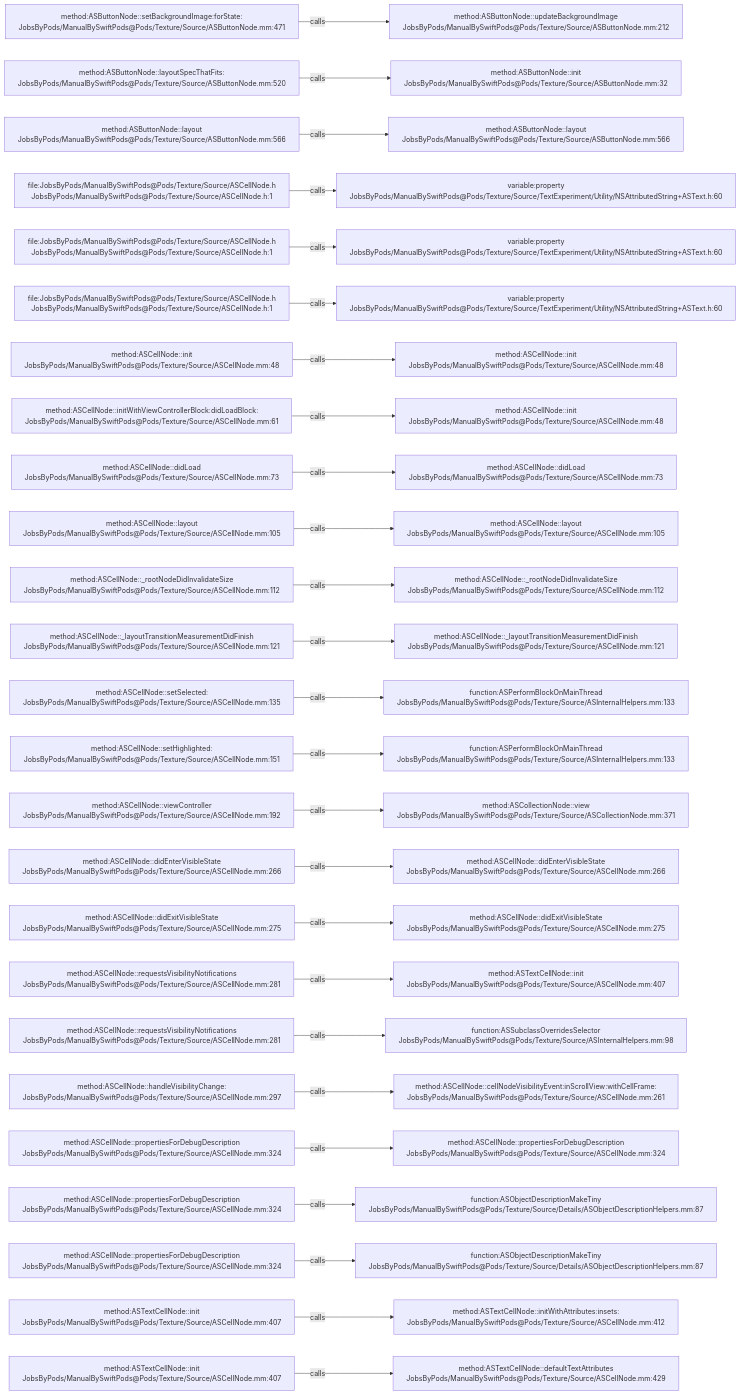
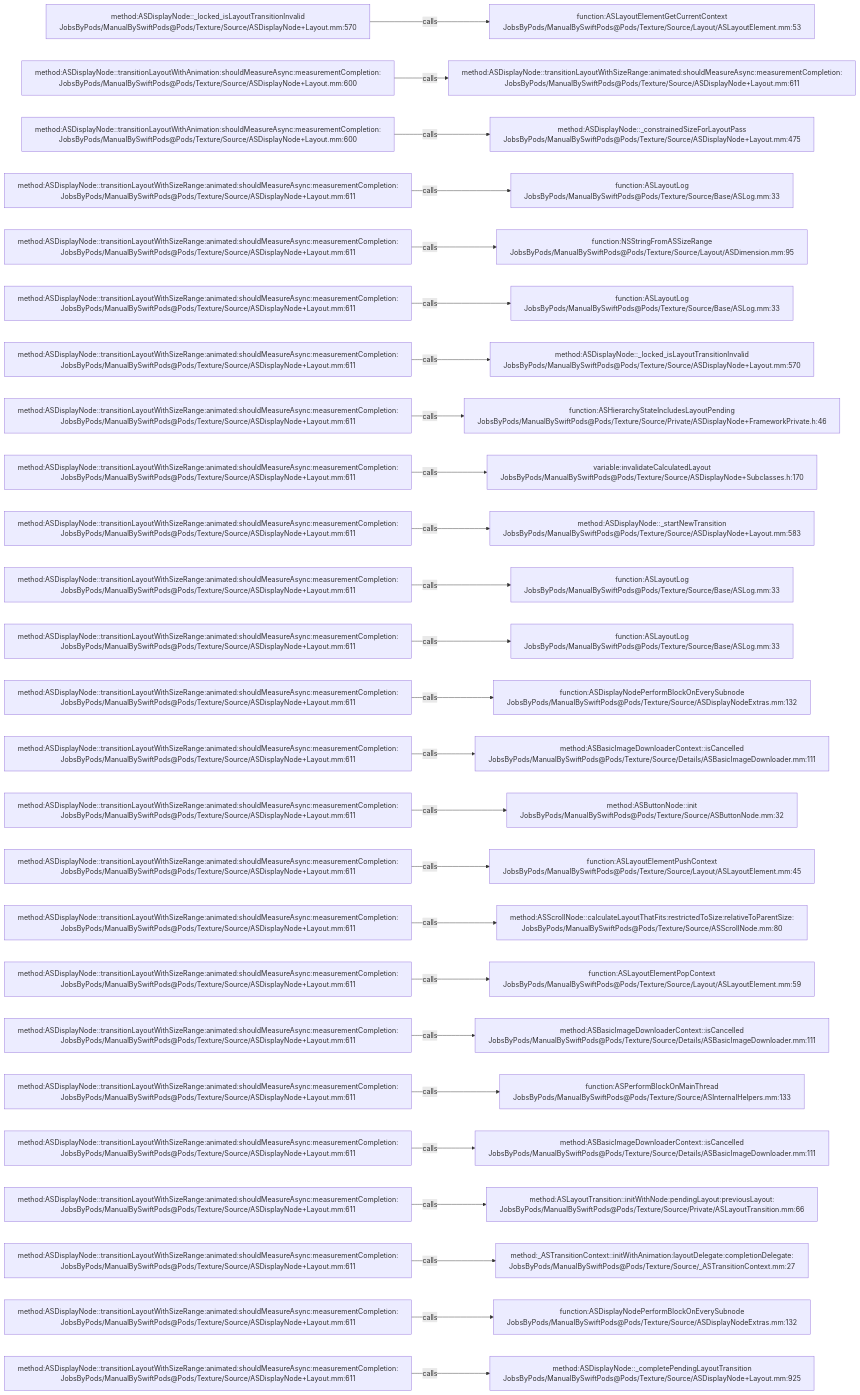
One commit to JobsKits/JobsSwiftBaseConfigDemo changed the diagram in .codegraph/codegraph.md/graphs/calls-023.md. Above: the diagram before and after it, drawn with Mermaid. The commit also changed 832 other files, not shown here.

````diff
--- a/.codegraph/codegraph.md/graphs/calls-023.md
+++ b/.codegraph/codegraph.md/graphs/calls-023.md
@@ -13,78 +13,78 @@
 ```mermaid
 flowchart LR
-  S1["method:ASButtonNode::setBackgroundImage:forState:<br/>JobsByPods/ManualBySwiftPods@Pods/Texture/Source/ASButtonNode.mm:471"]
-  T1["method:ASButtonNode::updateBackgroundImage<br/>JobsByPods/ManualBySwiftPods@Pods/Texture/Source/ASButtonNode.mm:212"]
+  S1["method:ASDisplayNode::_locked_isLayoutTransitionInvalid<br/>JobsByPods/ManualBySwiftPods@Pods/Texture/Source/ASDisplayNode+Layout.mm:570"]
+  T1["function:ASLayoutElementGetCurrentContext<br/>JobsByPods/ManualBySwiftPods@Pods/Texture/Source/Layout/ASLayoutElement.mm:53"]
   S1 -->|calls| T1
-  S2["method:ASButtonNode::layoutSpecThatFits:<br/>JobsByPods/ManualBySwiftPods@Pods/Texture/Source/ASButtonNode.mm:520"]
-  T2["method:ASButtonNode::init<br/>JobsByPods/ManualBySwiftPods@Pods/Texture/Source/ASButtonNode.mm:32"]
+  S2["method:ASDisplayNode::transitionLayoutWithAnimation:shouldMeasureAsync:measurementCompletion:<br/>JobsByPods/ManualBySwiftPods@Pods/Texture/Source/ASDisplayNode+Layout.mm:600"]
+  T2["method:ASDisplayNode::transitionLayoutWithSizeRange:animated:shouldMeasureAsync:measurementCompletion:<br/>JobsByPods/ManualBySwiftPods@Pods/Texture/Source/ASDisplayNode+Layout.mm:611"]
   S2 -->|calls| T2
-  S3["method:ASButtonNode::layout<br/>JobsByPods/ManualBySwiftPods@Pods/Texture/Source/ASButtonNode.mm:566"]
-  T3["method:ASButtonNode::layout<br/>JobsByPods/ManualBySwiftPods@Pods/Texture/Source/ASButtonNode.mm:566"]
+  S3["method:ASDisplayNode::transitionLayoutWithAnimation:shouldMeasureAsync:measurementCompletion:<br/>JobsByPods/ManualBySwiftPods@Pods/Texture/Source/ASDisplayNode+Layout.mm:600"]
+  T3["method:ASDisplayNode::_constrainedSizeForLayoutPass<br/>JobsByPods/ManualBySwiftPods@Pods/Texture/Source/ASDisplayNode+Layout.mm:475"]
   S3 -->|calls| T3
-  S4["file:JobsByPods/ManualBySwiftPods@Pods/Texture/Source/ASCellNode.h<br/>JobsByPods/ManualBySwiftPods@Pods/Texture/Source/ASCellNode.h:1"]
-  T4["variable:property<br/>JobsByPods/ManualBySwiftPods@Pods/Texture/Source/TextExperiment/Utility/NSAttributedString+ASText.h:60"]
+  S4["method:ASDisplayNode::transitionLayoutWithSizeRange:animated:shouldMeasureAsync:measurementCompletion:<br/>JobsByPods/ManualBySwiftPods@Pods/Texture/Source/ASDisplayNode+Layout.mm:611"]
+  T4["function:ASLayoutLog<br/>JobsByPods/ManualBySwiftPods@Pods/Texture/Source/Base/ASLog.mm:33"]
   S4 -->|calls| T4
-  S5["file:JobsByPods/ManualBySwiftPods@Pods/Texture/Source/ASCellNode.h<br/>JobsByPods/ManualBySwiftPods@Pods/Texture/Source/ASCellNode.h:1"]
-  T5["variable:property<br/>JobsByPods/ManualBySwiftPods@Pods/Texture/Source/TextExperiment/Utility/NSAttributedString+ASText.h:60"]
+  S5["method:ASDisplayNode::transitionLayoutWithSizeRange:animated:shouldMeasureAsync:measurementCompletion:<br/>JobsByPods/ManualBySwiftPods@Pods/Texture/Source/ASDisplayNode+Layout.mm:611"]
+  T5["function:NSStringFromASSizeRange<br/>JobsByPods/ManualBySwiftPods@Pods/Texture/Source/Layout/ASDimension.mm:95"]
   S5 -->|calls| T5
-  S6["file:JobsByPods/ManualBySwiftPods@Pods/Texture/Source/ASCellNode.h<br/>JobsByPods/ManualBySwiftPods@Pods/Texture/Source/ASCellNode.h:1"]
-  T6["variable:property<br/>JobsByPods/ManualBySwiftPods@Pods/Texture/Source/TextExperiment/Utility/NSAttributedString+ASText.h:60"]
+  S6["method:ASDisplayNode::transitionLayoutWithSizeRange:animated:shouldMeasureAsync:measurementCompletion:<br/>JobsByPods/ManualBySwiftPods@Pods/Texture/Source/ASDisplayNode+Layout.mm:611"]
+  T6["function:ASLayoutLog<br/>JobsByPods/ManualBySwiftPods@Pods/Texture/Source/Base/ASLog.mm:33"]
   S6 -->|calls| T6
-  S7["method:ASCellNode::init<br/>JobsByPods/ManualBySwiftPods@Pods/Texture/Source/ASCellNode.mm:48"]
-  T7["method:ASCellNode::init<br/>JobsByPods/ManualBySwiftPods@Pods/Texture/Source/ASCellNode.mm:48"]
+  S7["method:ASDisplayNode::transitionLayoutWithSizeRange:animated:shouldMeasureAsync:measurementCompletion:<br/>JobsByPods/ManualBySwiftPods@Pods/Texture/Source/ASDisplayNode+Layout.mm:611"]
+  T7["method:ASDisplayNode::_locked_isLayoutTransitionInvalid<br/>JobsByPods/ManualBySwiftPods@Pods/Texture/Source/ASDisplayNode+Layout.mm:570"]
   S7 -->|calls| T7
-  S8["method:ASCellNode::initWithViewControllerBlock:didLoadBlock:<br/>JobsByPods/ManualBySwiftPods@Pods/Texture/Source/ASCellNode.mm:61"]
-  T8["method:ASCellNode::init<br/>JobsByPods/ManualBySwiftPods@Pods/Texture/Source/ASCellNode.mm:48"]
+  S8["method:ASDisplayNode::transitionLayoutWithSizeRange:animated:shouldMeasureAsync:measurementCompletion:<br/>JobsByPods/ManualBySwiftPods@Pods/Texture/Source/ASDisplayNode+Layout.mm:611"]
+  T8["function:ASHierarchyStateIncludesLayoutPending<br/>JobsByPods/ManualBySwiftPods@Pods/Texture/Source/Private/ASDisplayNode+FrameworkPrivate.h:46"]
   S8 -->|calls| T8
-  S9["method:ASCellNode::didLoad<br/>JobsByPods/ManualBySwiftPods@Pods/Texture/Source/ASCellNode.mm:73"]
-  T9["method:ASCellNode::didLoad<br/>JobsByPods/ManualBySwiftPods@Pods/Texture/Source/ASCellNode.mm:73"]
+  S9["method:ASDisplayNode::transitionLayoutWithSizeRange:animated:shouldMeasureAsync:measurementCompletion:<br/>JobsByPods/ManualBySwiftPods@Pods/Texture/Source/ASDisplayNode+Layout.mm:611"]
+  T9["variable:invalidateCalculatedLayout<br/>JobsByPods/ManualBySwiftPods@Pods/Texture/Source/ASDisplayNode+Subclasses.h:170"]
   S9 -->|calls| T9
-  S10["method:ASCellNode::layout<br/>JobsByPods/ManualBySwiftPods@Pods/Texture/Source/ASCellNode.mm:105"]
-  T10["method:ASCellNode::layout<br/>JobsByPods/ManualBySwiftPods@Pods/Texture/Source/ASCellNode.mm:105"]
+  S10["method:ASDisplayNode::transitionLayoutWithSizeRange:animated:shouldMeasureAsync:measurementCompletion:<br/>JobsByPods/ManualBySwiftPods@Pods/Texture/Source/ASDisplayNode+Layout.mm:611"]
+  T10["method:ASDisplayNode::_startNewTransition<br/>JobsByPods/ManualBySwiftPods@Pods/Texture/Source/ASDisplayNode+Layout.mm:583"]
   S10 -->|calls| T10
-  S11["method:ASCellNode::_rootNodeDidInvalidateSize<br/>JobsByPods/ManualBySwiftPods@Pods/Texture/Source/ASCellNode.mm:112"]
-  T11["method:ASCellNode::_rootNodeDidInvalidateSize<br/>JobsByPods/ManualBySwiftPods@Pods/Texture/Source/ASCellNode.mm:112"]
+  S11["method:ASDisplayNode::transitionLayoutWithSizeRange:animated:shouldMeasureAsync:measurementCompletion:<br/>JobsByPods/ManualBySwiftPods@Pods/Texture/Source/ASDisplayNode+Layout.mm:611"]
+  T11["function:ASLayoutLog<br/>JobsByPods/ManualBySwiftPods@Pods/Texture/Source/Base/ASLog.mm:33"]
   S11 -->|calls| T11
-  S12["method:ASCellNode::_layoutTransitionMeasurementDidFinish<br/>JobsByPods/ManualBySwiftPods@Pods/Texture/Source/ASCellNode.mm:121"]
-  T12["method:ASCellNode::_layoutTransitionMeasurementDidFinish<br/>JobsByPods/ManualBySwiftPods@Pods/Texture/Source/ASCellNode.mm:121"]
+  S12["method:ASDisplayNode::transitionLayoutWithSizeRange:animated:shouldMeasureAsync:measurementCompletion:<br/>JobsByPods/ManualBySwiftPods@Pods/Texture/Source/ASDisplayNode+Layout.mm:611"]
+  T12["function:ASLayoutLog<br/>JobsByPods/ManualBySwiftPods@Pods/Texture/Source/Base/ASLog.mm:33"]
   S12 -->|calls| T12
-  S13["method:ASCellNode::setSelected:<br/>JobsByPods/ManualBySwiftPods@Pods/Texture/Source/ASCellNode.mm:135"]
-  T13["function:ASPerformBlockOnMainThread<br/>JobsByPods/ManualBySwiftPods@Pods/Texture/Source/ASInternalHelpers.mm:133"]
+  S13["method:ASDisplayNode::transitionLayoutWithSizeRange:animated:shouldMeasureAsync:measurementCompletion:<br/>JobsByPods/ManualBySwiftPods@Pods/Texture/Source/ASDisplayNode+Layout.mm:611"]
+  T13["function:ASDisplayNodePerformBlockOnEverySubnode<br/>JobsByPods/ManualBySwiftPods@Pods/Texture/Source/ASDisplayNodeExtras.mm:132"]
   S13 -->|calls| T13
-  S14["method:ASCellNode::setHighlighted:<br/>JobsByPods/ManualBySwiftPods@Pods/Texture/Source/ASCellNode.mm:151"]
-  T14["function:ASPerformBlockOnMainThread<br/>JobsByPods/ManualBySwiftPods@Pods/Texture/Source/ASInternalHelpers.mm:133"]
+  S14["method:ASDisplayNode::transitionLayoutWithSizeRange:animated:shouldMeasureAsync:measurementCompletion:<br/>JobsByPods/ManualBySwiftPods@Pods/Texture/Source/ASDisplayNode+Layout.mm:611"]
+  T14["method:ASBasicImageDownloaderContext::isCancelled<br/>JobsByPods/ManualBySwiftPods@Pods/Texture/Source/Details/ASBasicImageDownloader.mm:111"]
   S14 -->|calls| T14
-  S15["method:ASCellNode::viewController<br/>JobsByPods/ManualBySwiftPods@Pods/Texture/Source/ASCellNode.mm:192"]
-  T15["method:ASCollectionNode::view<br/>JobsByPods/ManualBySwiftPods@Pods/Texture/Source/ASCollectionNode.mm:371"]
+  S15["method:ASDisplayNode::transitionLayoutWithSizeRange:animated:shouldMeasureAsync:measurementCompletion:<br/>JobsByPods/ManualBySwiftPods@Pods/Texture/Source/ASDisplayNode+Layout.mm:611"]
+  T15["method:ASButtonNode::init<br/>JobsByPods/ManualBySwiftPods@Pods/Texture/Source/ASButtonNode.mm:32"]
   S15 -->|calls| T15
-  S16["method:ASCellNode::didEnterVisibleState<br/>JobsByPods/ManualBySwiftPods@Pods/Texture/Source/ASCellNode.mm:266"]
-  T16["method:ASCellNode::didEnterVisibleState<br/>JobsByPods/ManualBySwiftPods@Pods/Texture/Source/ASCellNode.mm:266"]
+  S16["method:ASDisplayNode::transitionLayoutWithSizeRange:animated:shouldMeasureAsync:measurementCompletion:<br/>JobsByPods/ManualBySwiftPods@Pods/Texture/Source/ASDisplayNode+Layout.mm:611"]
+  T16["function:ASLayoutElementPushContext<br/>JobsByPods/ManualBySwiftPods@Pods/Texture/Source/Layout/ASLayoutElement.mm:45"]
   S16 -->|calls| T16
-  S17["method:ASCellNode::didExitVisibleState<br/>JobsByPods/ManualBySwiftPods@Pods/Texture/Source/ASCellNode.mm:275"]
-  T17["method:ASCellNode::didExitVisibleState<br/>JobsByPods/ManualBySwiftPods@Pods/Texture/Source/ASCellNode.mm:275"]
+  S17["method:ASDisplayNode::transitionLayoutWithSizeRange:animated:shouldMeasureAsync:measurementCompletion:<br/>JobsByPods/ManualBySwiftPods@Pods/Texture/Source/ASDisplayNode+Layout.mm:611"]
+  T17["method:ASScrollNode::calculateLayoutThatFits:restrictedToSize:relativeToParentSize:<br/>JobsByPods/ManualBySwiftPods@Pods/Texture/Source/ASScrollNode.mm:80"]
   S17 -->|calls| T17
-  S18["method:ASCellNode::requestsVisibilityNotifications<br/>JobsByPods/ManualBySwiftPods@Pods/Texture/Source/ASCellNode.mm:281"]
-  T18["method:ASTextCellNode::init<br/>JobsByPods/ManualBySwiftPods@Pods/Texture/Source/ASCellNode.mm:407"]
+  S18["method:ASDisplayNode::transitionLayoutWithSizeRange:animated:shouldMeasureAsync:measurementCompletion:<br/>JobsByPods/ManualBySwiftPods@Pods/Texture/Source/ASDisplayNode+Layout.mm:611"]
+  T18["function:ASLayoutElementPopContext<br/>JobsByPods/ManualBySwiftPods@Pods/Texture/Source/Layout/ASLayoutElement.mm:59"]
   S18 -->|calls| T18
-  S19["method:ASCellNode::requestsVisibilityNotifications<br/>JobsByPods/ManualBySwiftPods@Pods/Texture/Source/ASCellNode.mm:281"]
-  T19["function:ASSubclassOverridesSelector<br/>JobsByPods/ManualBySwiftPods@Pods/Texture/Source/ASInternalHelpers.mm:98"]
+  S19["method:ASDisplayNode::transitionLayoutWithSizeRange:animated:shouldMeasureAsync:measurementCompletion:<br/>JobsByPods/ManualBySwiftPods@Pods/Texture/Source/ASDisplayNode+Layout.mm:611"]
+  T19["method:ASBasicImageDownloaderContext::isCancelled<br/>JobsByPods/ManualBySwiftPods@Pods/Texture/Source/Details/ASBasicImageDownloader.mm:111"]
   S19 -->|calls| T19
-  S20["method:ASCellNode::handleVisibilityChange:<br/>JobsByPods/ManualBySwiftPods@Pods/Texture/Source/ASCellNode.mm:297"]
-  T20["method:ASCellNode::cellNodeVisibilityEvent:inScrollView:withCellFrame:<br/>JobsByPods/ManualBySwiftPods@Pods/Texture/Source/ASCellNode.mm:261"]
+  S20["method:ASDisplayNode::transitionLayoutWithSizeRange:animated:shouldMeasureAsync:measurementCompletion:<br/>JobsByPods/ManualBySwiftPods@Pods/Texture/Source/ASDisplayNode+Layout.mm:611"]
+  T20["function:ASPerformBlockOnMainThread<br/>JobsByPods/ManualBySwiftPods@Pods/Texture/Source/ASInternalHelpers.mm:133"]
   S20 -->|calls| T20
-  S21["method:ASCellNode::propertiesForDebugDescription<br/>JobsByPods/ManualBySwiftPods@Pods/Texture/Source/ASCellNode.mm:324"]
-  T21["method:ASCellNode::propertiesForDebugDescription<br/>JobsByPods/ManualBySwiftPods@Pods/Texture/Source/ASCellNode.mm:324"]
+  S21["method:ASDisplayNode::transitionLayoutWithSizeRange:animated:shouldMeasureAsync:measurementCompletion:<br/>JobsByPods/ManualBySwiftPods@Pods/Texture/Source/ASDisplayNode+Layout.mm:611"]
+  T21["method:ASBasicImageDownloaderContext::isCancelled<br/>JobsByPods/ManualBySwiftPods@Pods/Texture/Source/Details/ASBasicImageDownloader.mm:111"]
   S21 -->|calls| T21
-  S22["method:ASCellNode::propertiesForDebugDescription<br/>JobsByPods/ManualBySwiftPods@Pods/Texture/Source/ASCellNode.mm:324"]
-  T22["function:ASObjectDescriptionMakeTiny<br/>JobsByPods/ManualBySwiftPods@Pods/Texture/Source/Details/ASObjectDescriptionHelpers.mm:87"]
+  S22["method:ASDisplayNode::transitionLayoutWithSizeRange:animated:shouldMeasureAsync:measurementCompletion:<br/>JobsByPods/ManualBySwiftPods@Pods/Texture/Source/ASDisplayNode+Layout.mm:611"]
+  T22["method:ASLayoutTransition::initWithNode:pendingLayout:previousLayout:<br/>JobsByPods/ManualBySwiftPods@Pods/Texture/Source/Private/ASLayoutTransition.mm:66"]
   S22 -->|calls| T22
-  S23["method:ASCellNode::propertiesForDebugDescription<br/>JobsByPods/ManualBySwiftPods@Pods/Texture/Source/ASCellNode.mm:324"]
-  T23["function:ASObjectDescriptionMakeTiny<br/>JobsByPods/ManualBySwiftPods@Pods/Texture/Source/Details/ASObjectDescriptionHelpers.mm:87"]
+  S23["method:ASDisplayNode::transitionLayoutWithSizeRange:animated:shouldMeasureAsync:measurementCompletion:<br/>JobsByPods/ManualBySwiftPods@Pods/Texture/Source/ASDisplayNode+Layout.mm:611"]
+  T23["method:_ASTransitionContext::initWithAnimation:layoutDelegate:completionDelegate:<br/>JobsByPods/ManualBySwiftPods@Pods/Texture/Source/_ASTransitionContext.mm:27"]
   S23 -->|calls| T23
-  S24["method:ASTextCellNode::init<br/>JobsByPods/ManualBySwiftPods@Pods/Texture/Source/ASCellNode.mm:407"]
-  T24["method:ASTextCellNode::initWithAttributes:insets:<br/>JobsByPods/ManualBySwiftPods@Pods/Texture/Source/ASCellNode.mm:412"]
+  S24["method:ASDisplayNode::transitionLayoutWithSizeRange:animated:shouldMeasureAsync:measurementCompletion:<br/>JobsByPods/ManualBySwiftPods@Pods/Texture/Source/ASDisplayNode+Layout.mm:611"]
+  T24["function:ASDisplayNodePerformBlockOnEverySubnode<br/>JobsByPods/ManualBySwiftPods@Pods/Texture/Source/ASDisplayNodeExtras.mm:132"]
   S24 -->|calls| T24
-  S25["method:ASTextCellNode::init<br/>JobsByPods/ManualBySwiftPods@Pods/Texture/Source/ASCellNode.mm:407"]
-  T25["method:ASTextCellNode::defaultTextAttributes<br/>JobsByPods/ManualBySwiftPods@Pods/Texture/Source/ASCellNode.mm:429"]
+  S25["method:ASDisplayNode::transitionLayoutWithSizeRange:animated:shouldMeasureAsync:measurementCompletion:<br/>JobsByPods/ManualBySwiftPods@Pods/Texture/Source/ASDisplayNode+Layout.mm:611"]
+  T25["method:ASDisplayNode::_completePendingLayoutTransition<br/>JobsByPods/ManualBySwiftPods@Pods/Texture/Source/ASDisplayNode+Layout.mm:925"]
   S25 -->|calls| T25
 ```
````
